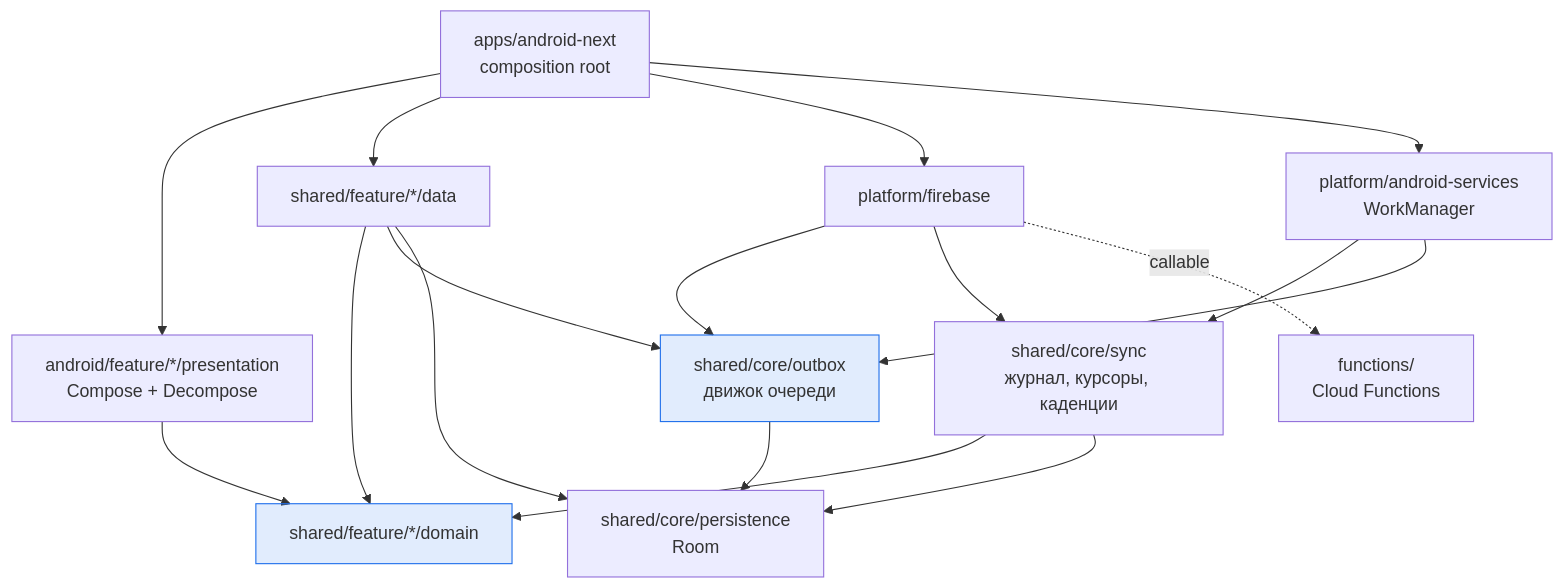
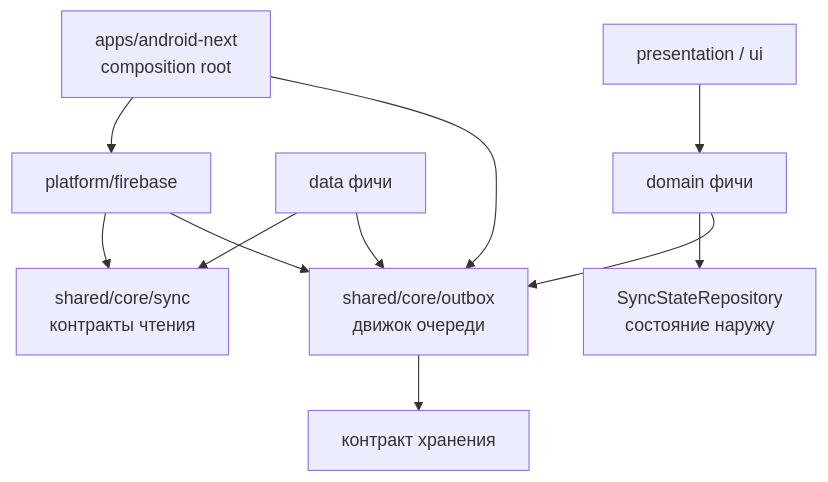
The first of 2 diagrams in _bmad-output/planning-artifacts/architecture/architecture-schoolquiz3.0-2026-08-31/ARCHITECTURE-SPINE.md (tpov/schoolquiz3.0), drawn with Mermaid before and after one commit. The commit also changed other lines of this file and 241 other files, not shown here.

````diff
--- a/_bmad-output/planning-artifacts/architecture/architecture-schoolquiz3.0-2026-08-31/ARCHITECTURE-SPINE.md
+++ b/_bmad-output/planning-artifacts/architecture/architecture-schoolquiz3.0-2026-08-31/ARCHITECTURE-SPINE.md
@@ -40,33 +43,13 @@
 ```mermaid
 graph TD
-    UI["android/feature/*/presentation<br/>Compose + Decompose"]
-    FD["shared/feature/*/domain"]
-    FDATA["shared/feature/*/data"]
-    OUTBOX["shared/core/outbox<br/>движок очереди"]
-    SYNC["shared/core/sync<br/>журнал, курсоры, каденции"]
-    PERS["shared/core/persistence<br/>Room"]
-    PF["platform/firebase"]
-    PA["platform/android-services<br/>WorkManager"]
-    APP["apps/android-next<br/>composition root"]
-    SRV["functions/<br/>Cloud Functions"]
-
-    UI --> FD
-    FDATA --> FD
-    FDATA --> OUTBOX
-    FDATA --> PERS
-    SYNC --> FD
-    SYNC --> PERS
-    OUTBOX --> PERS
-    PF --> OUTBOX
-    PF --> SYNC
-    PA --> SYNC
-    PA --> OUTBOX
-    APP --> UI
-    APP --> FDATA
-    APP --> PF
-    APP --> PA
-    PF -.->|callable| SRV
-
-    classDef pure fill:#1f6feb22,stroke:#1f6feb
-    class OUTBOX,FD pure
+    UI["presentation / ui"] --> DOM["domain фичи"]
+    DOM --> OUTBOX["shared/core/outbox<br/>движок очереди"]
+    DOM --> SYNCST["SyncStateRepository<br/>состояние наружу"]
+    DATA["data фичи"] --> OUTBOX
+    DATA --> SYNCC["shared/core/sync<br/>контракты чтения"]
+    OUTBOX --> STORE["контракт хранения"]
+    PLAT["platform/firebase"] --> OUTBOX
+    PLAT --> SYNCC
+    APP["apps/android-next<br/>composition root"] --> OUTBOX
+    APP --> PLAT
 ```
````
